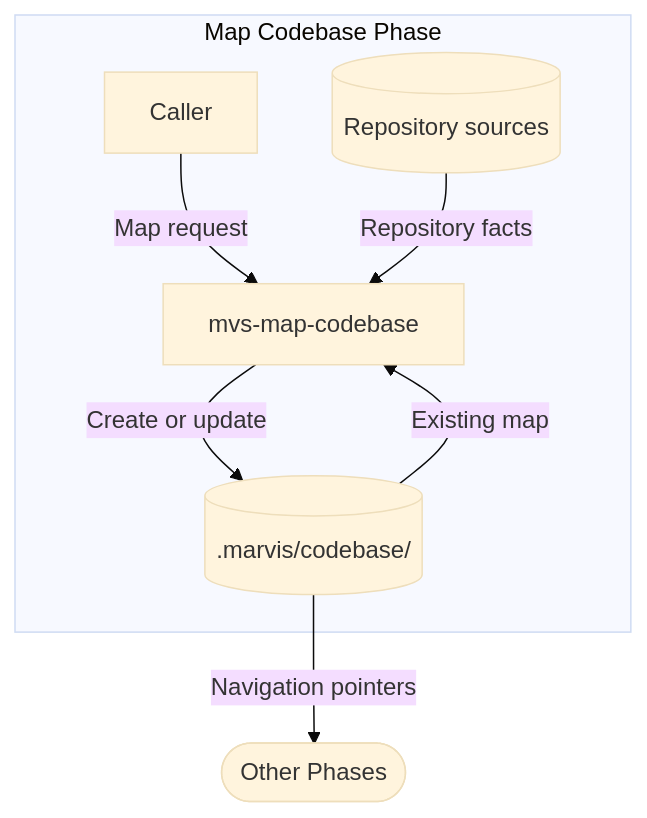
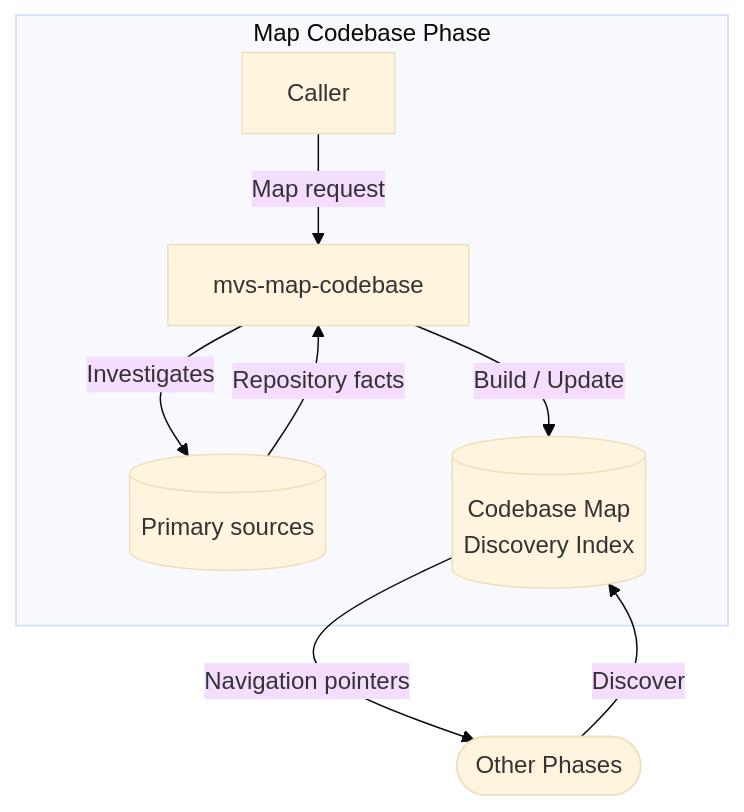
The first of 4 diagrams in plugins/marvis-dev/README.md (masa-kjm/marvis-dev), drawn with Mermaid (base theme) before and after one commit.

Commit message:
docs: update marvis-dev README.md

````diff
--- a/plugins/marvis-dev/README.md
+++ b/plugins/marvis-dev/README.md
@@ -35,16 +35,17 @@
 ```mermaid
 flowchart TD
   subgraph Mapping["Map Codebase Phase"]
     Caller["Caller"]
-    Sources[("Repository sources")]
+    Sources[("Primary sources")]
     MapSkill["mvs-map-codebase"]
-    Map[(".marvis/codebase/")]
+    Map[("Codebase Map<br/>Discovery Index")]
   end
   Consumers(["Other Phases"])
 
   Caller -->|Map request| MapSkill
+  MapSkill -->|Investigates| Sources
   Sources -->|Repository facts| MapSkill
-  Map -->|Existing map| MapSkill
-  MapSkill -->|Create or update| Map
+  MapSkill -->|Build / Update| Map
   Map -->|Navigation pointers| Consumers
+  Consumers -->|Discover| Map
 ```
````
